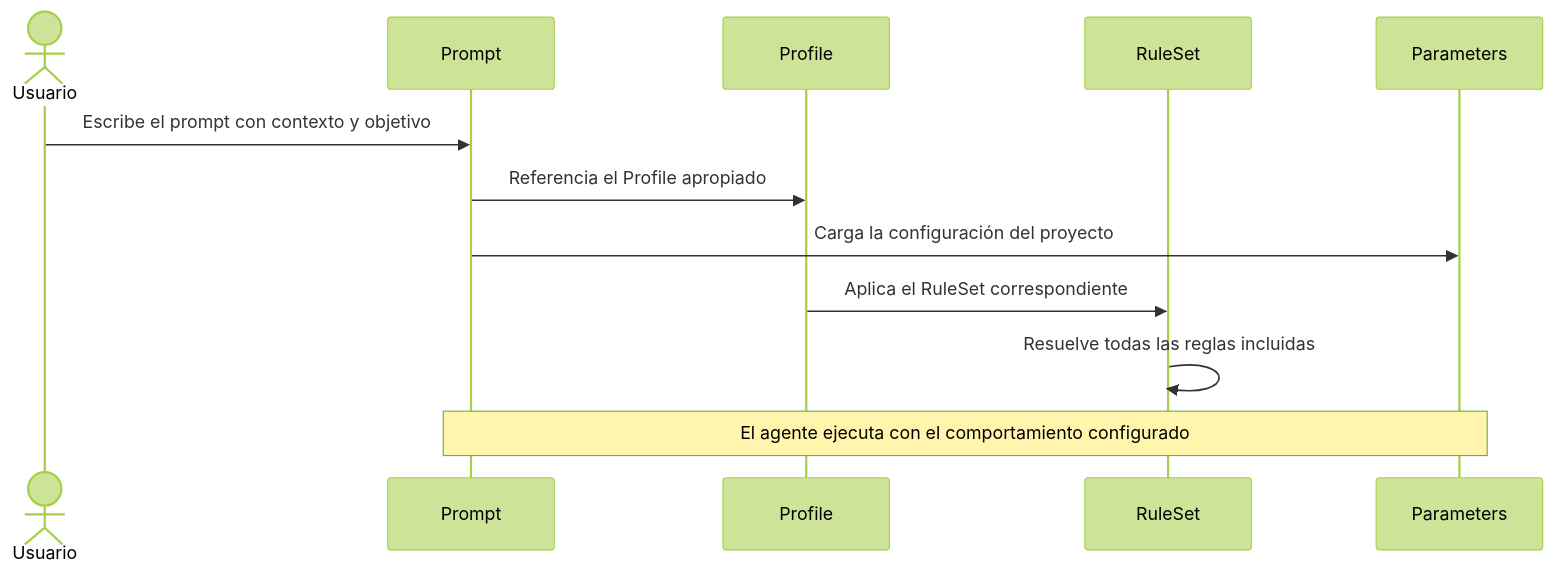
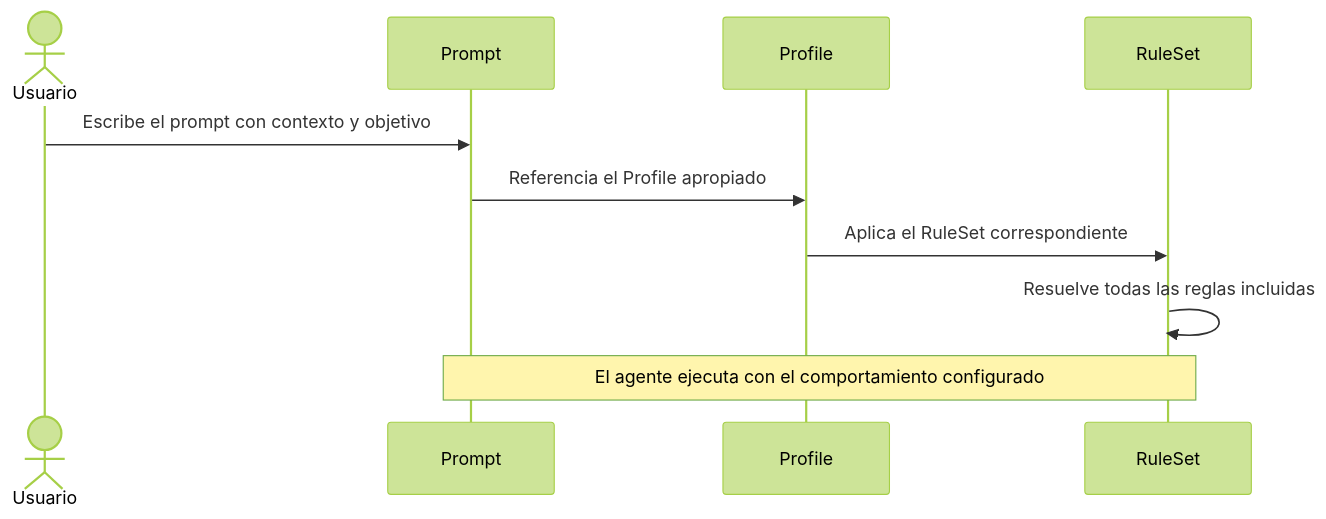
Before and after one commit to Aplicada-Streaming/IA.Prompting.Templates: the third of 4 diagrams in PromptFramework/Guides/Readme.md, drawn with Mermaid (forest theme). The commit also changed other lines of this file and 31 other files, not shown here.

First line of the commit message:
Eliminación del sistema de Parameters (v1.2.0)

````diff
--- a/PromptFramework/Guides/Readme.md
+++ b/PromptFramework/Guides/Readme.md
@@ -255,15 +226,13 @@
 ```mermaid
 sequenceDiagram
     actor U as Usuario
     participant PR as Prompt
     participant PF as Profile
     participant RS as RuleSet
-    participant PA as Parameters
 
     U->>PR: Escribe el prompt con contexto y objetivo
     PR->>PF: Referencia el Profile apropiado
-    PR->>PA: Carga la configuración del proyecto
     PF->>RS: Aplica el RuleSet correspondiente
     RS->>RS: Resuelve todas las reglas incluidas
-    Note over PR,PA: El agente ejecuta con el comportamiento configurado
+    Note over PR,RS: El agente ejecuta con el comportamiento configurado
 ```
````
